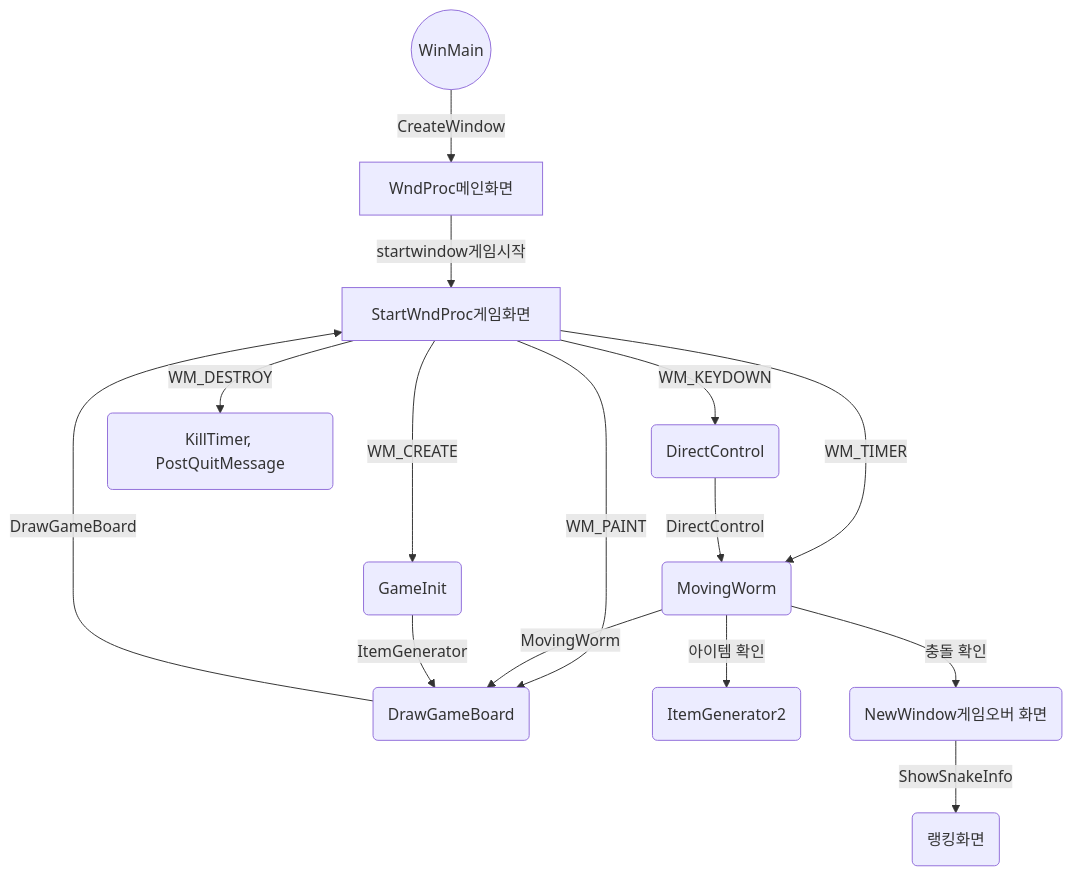
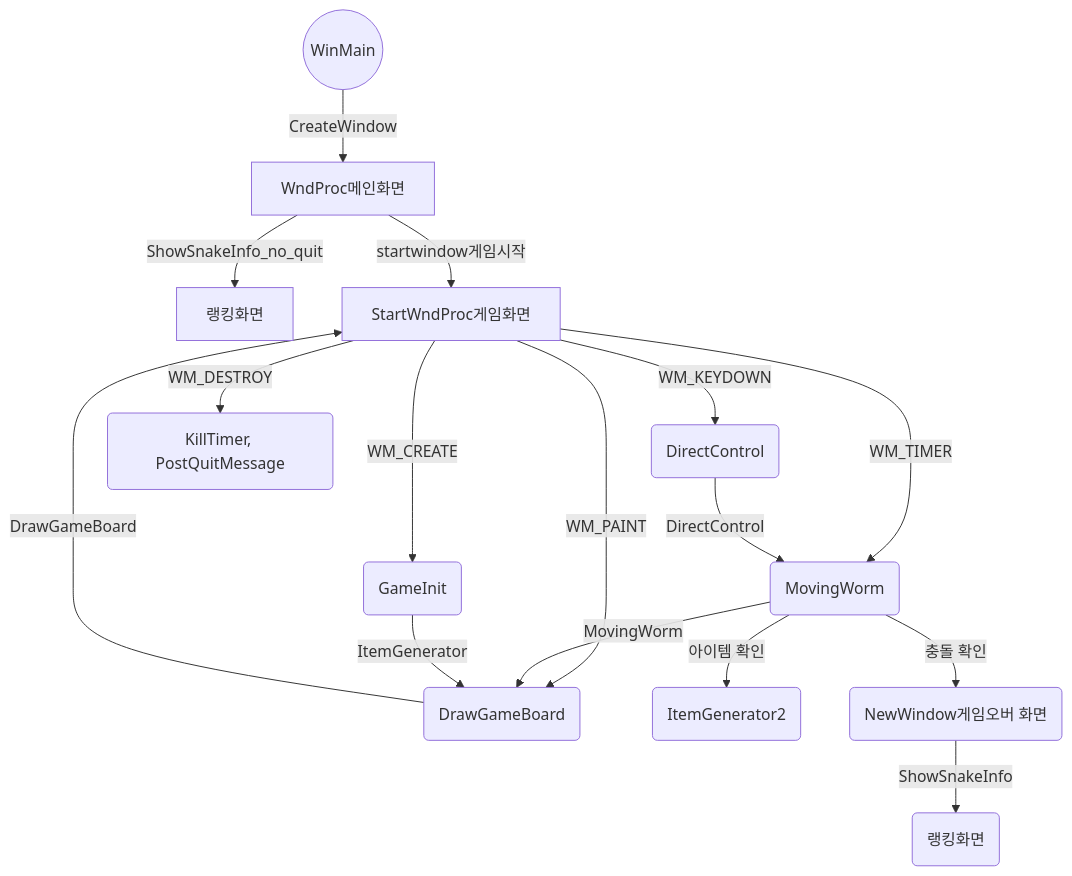
The diagram in README.md (sunbaklee/snake_game), drawn with Mermaid before and after one commit.

````diff
--- a/README.md
+++ b/README.md
@@ -11,17 +11,18 @@
 ```mermaid
 graph TD;
     A((WinMain)) -->|CreateWindow| B[WndProc메인화면];
+    B --> |ShowSnakeInfo_no_quit| L[랭킹화면];
     B -->|startwindow게임시작| C[StartWndProc게임화면];
     C -->|WM_CREATE| D(GameInit);
     C -->|WM_PAINT| E(DrawGameBoard);
     C -->|WM_KEYDOWN| F(DirectControl);
     C -->|WM_TIMER| G(MovingWorm);
     C -->|WM_DESTROY| H(KillTimer, PostQuitMessage);
     F -->|DirectControl| G;
     G -->|MovingWorm| E;
     G -->|아이템 확인| K(ItemGenerator2);
     E -->|DrawGameBoard| C;
     D -->|ItemGenerator| E;
     G -->|충돌 확인| I(NewWindow게임오버 화면);
     I -->|ShowSnakeInfo| J(랭킹화면);
 ```
````
